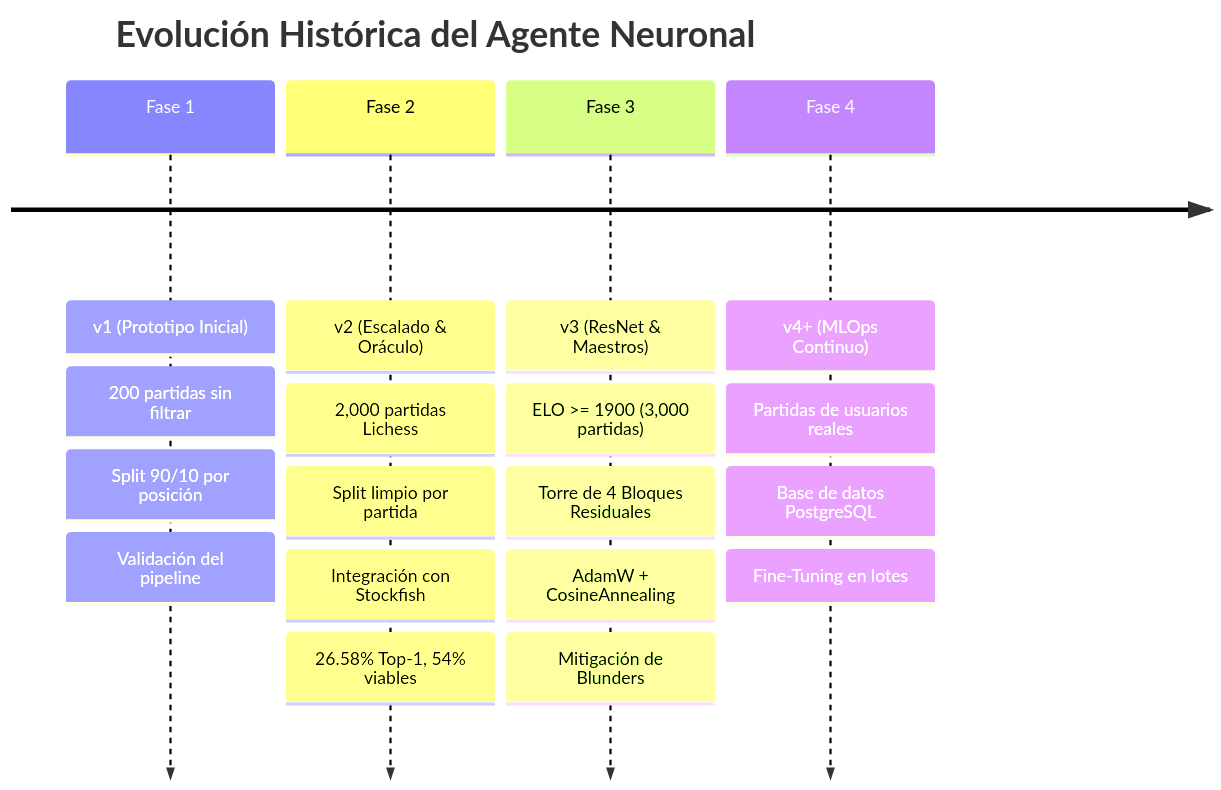
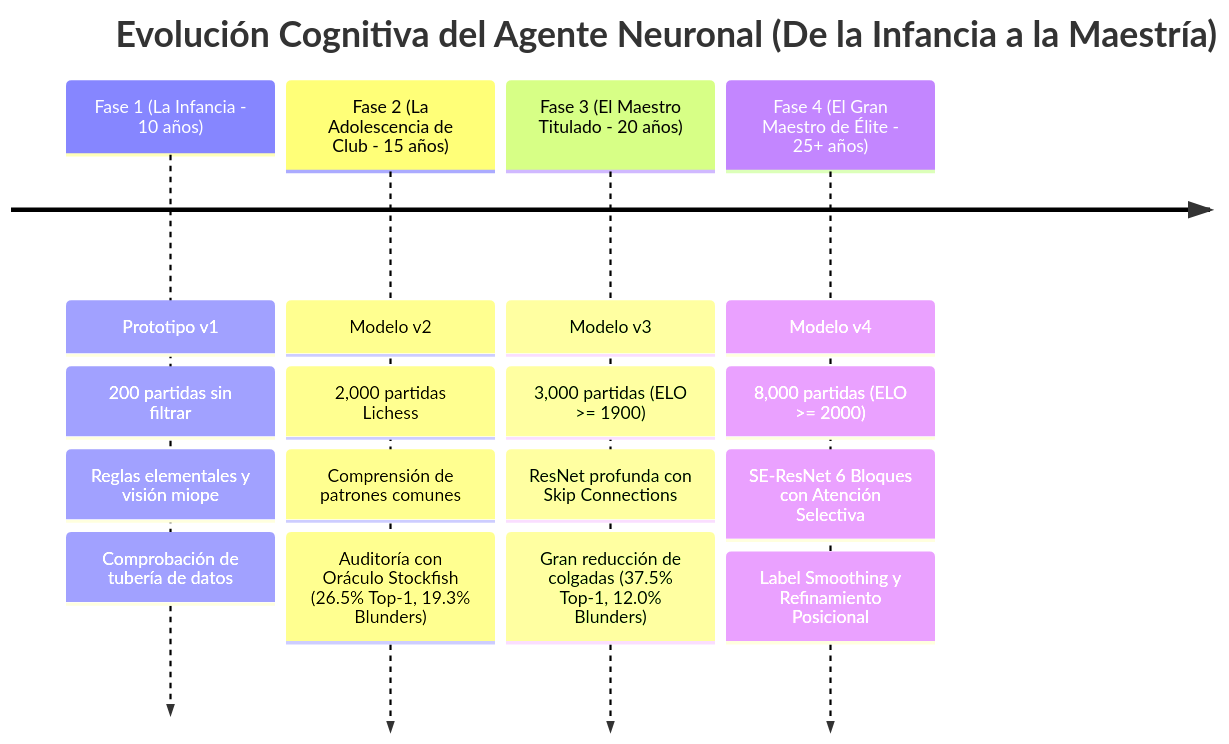
Before and after one commit to larzekao9/Brazo-Rob-tico-con-Inteligencia-Artificial-para-el-Aprendizaje-del-Ajedrez: the third of 4 diagrams in docs/marco_teorico_ia_entrenamiento.md, drawn with Mermaid. The commit also changed other lines of this file and 5 other files, not shown here.

Commit message:
feat: arquitectura SE-ResNet v4, configuracion de entrenamiento y formalizacion antropomorfica

````diff
--- a/docs/marco_teorico_ia_entrenamiento.md
+++ b/docs/marco_teorico_ia_entrenamiento.md
@@ -263,8 +265,8 @@
 ```mermaid
 timeline
-    title Evolución Histórica del Agente Neuronal
-    Fase 1 : v1 (Prototipo Inicial) : 200 partidas sin filtrar : Split 90/10 por posición : Validación del pipeline
-    Fase 2 : v2 (Escalado & Oráculo) : 2,000 partidas Lichess : Split limpio por partida : Integración con Stockfish : 26.58% Top-1, 54% viables
-    Fase 3 : v3 (ResNet & Maestros) : ELO >= 1900 (3,000 partidas) : Torre de 4 Bloques Residuales : AdamW + CosineAnnealing : Mitigación de Blunders
-    Fase 4 : v4+ (MLOps Continuo) : Partidas de usuarios reales : Base de datos PostgreSQL : Fine-Tuning en lotes
+    title Evolución Cognitiva del Agente Neuronal (De la Infancia a la Maestría)
+    Fase 1 (La Infancia - 10 años) : Prototipo v1 : 200 partidas sin filtrar : Reglas elementales y visión miope : Comprobación de tubería de datos
+    Fase 2 (La Adolescencia de Club - 15 años) : Modelo v2 : 2,000 partidas Lichess : Comprensión de patrones comunes : Auditoría con Oráculo Stockfish (26.5% Top-1, 19.3% Blunders)
+    Fase 3 (El Maestro Titulado - 20 años) : Modelo v3 : 3,000 partidas (ELO >= 1900) : ResNet profunda con Skip Connections : Gran reducción de colgadas (37.5% Top-1, 12.0% Blunders)
+    Fase 4 (El Gran Maestro de Élite - 25+ años) : Modelo v4 : 8,000 partidas (ELO >= 2000) : SE-ResNet 6 Bloques con Atención Selectiva : Label Smoothing y Refinamiento Posicional
 ```
````
